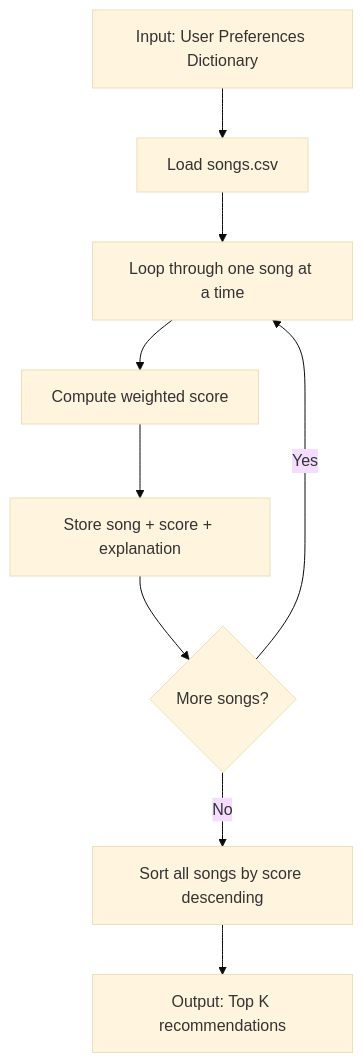
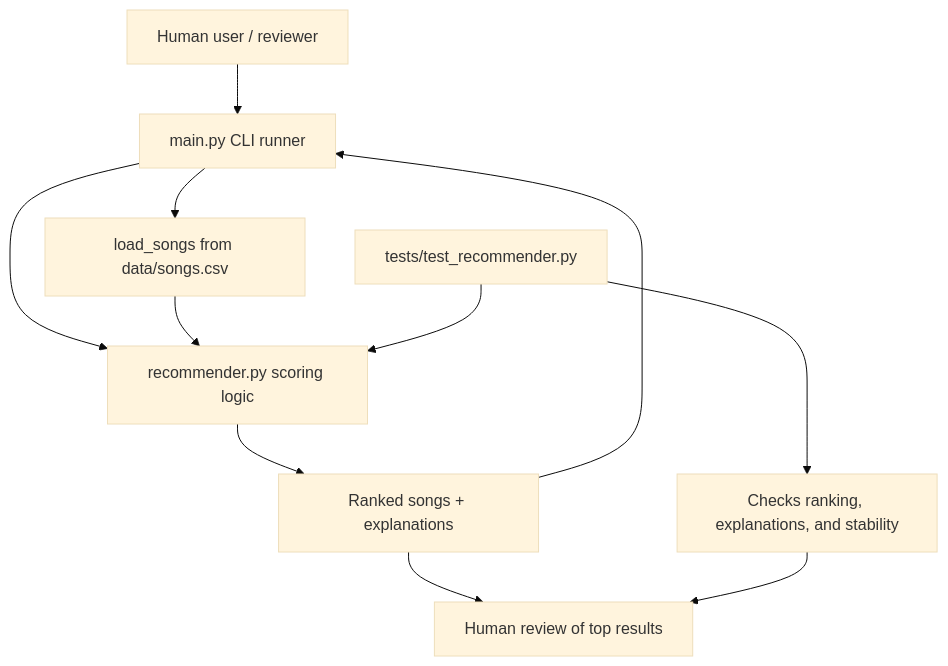
One commit to audreydng/applied-ai-system-project changed the diagram in README.md. Above: the diagram before and after it, drawn with Mermaid (base theme). The commit also changed other lines of this file and 2 other files, not shown here.

Commit message:
Flatten project structure and add reliability checks

````diff
--- a/README.md
+++ b/README.md
@@ -68,11 +17,13 @@
 ```mermaid
 flowchart TD
-   A[Input: User Preferences Dictionary] --> B[Load songs.csv]
-   B --> C[Loop through one song at a time]
-   C --> D[Compute weighted score]
-   D --> E[Store song + score + explanation]
-   E --> F{More songs?}
-   F -- Yes --> C
-   F -- No --> G[Sort all songs by score descending]
-   G --> H[Output: Top K recommendations]
+    U[Human user / reviewer] --> I[main.py CLI runner]
+    I --> L[load_songs from data/songs.csv]
+    I --> R[recommender.py scoring logic]
+    L --> R
+    R --> O[Ranked songs + explanations]
+    O --> I
+    O --> H[Human review of top results]
+    T[tests/test_recommender.py] --> R
+    T --> V[Checks ranking, explanations, and stability]
+    V --> H
 ```
````
